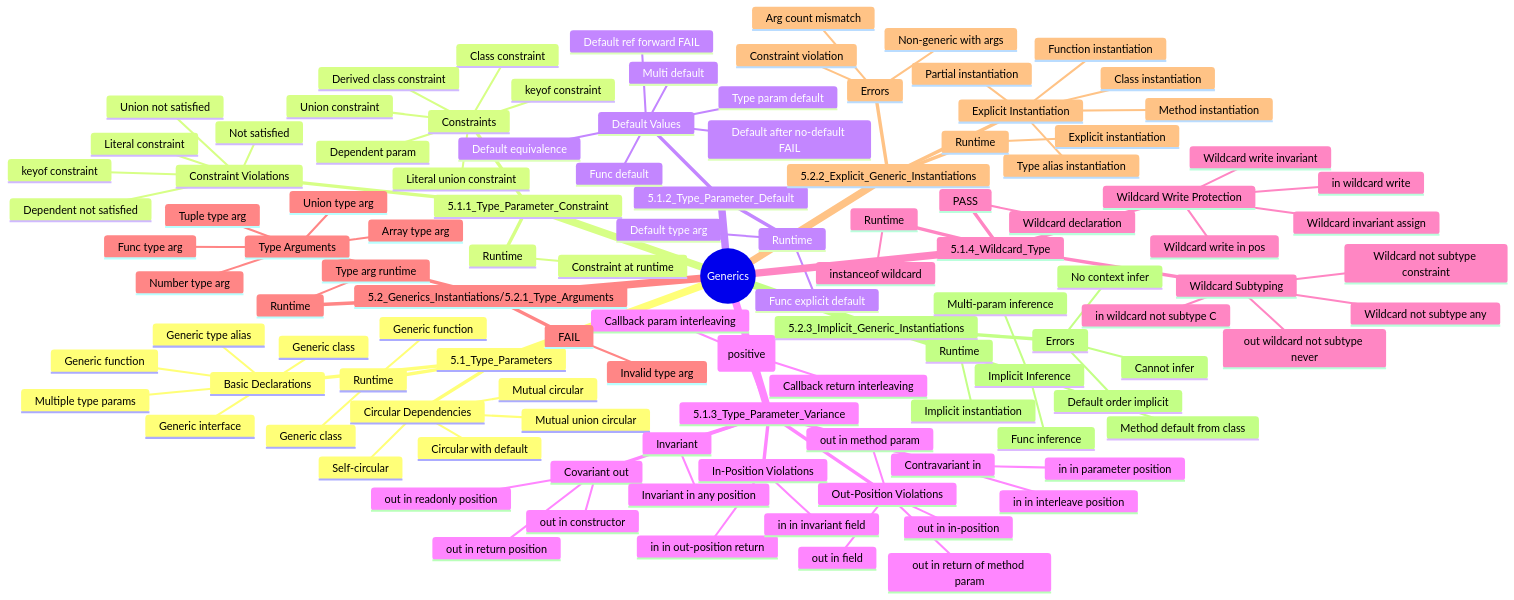
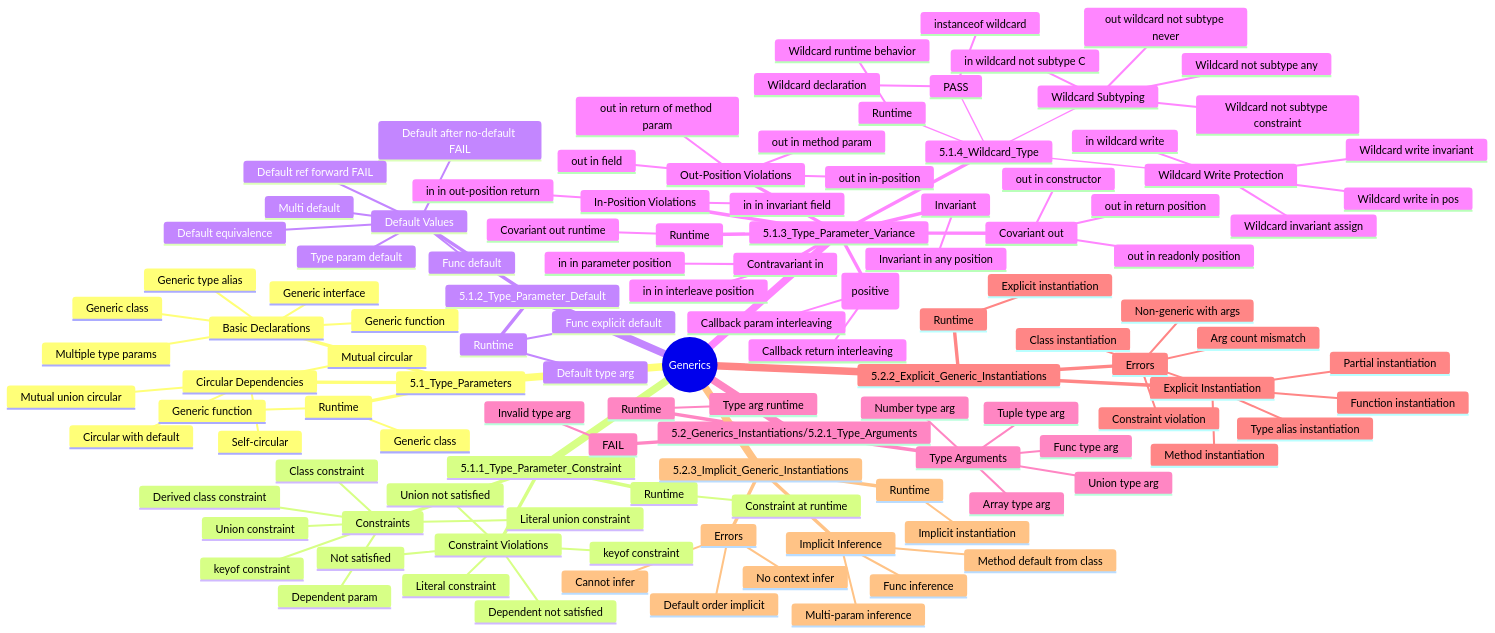
One commit to XHL0320/arkts-static-spec changed the diagram in 05_Generics/test_design_mindmap.md. Above: the diagram before and after it, drawn with Mermaid. The commit also changed 67 other files, not shown here.

```diff
--- a/05_Generics/test_design_mindmap.md
+++ b/05_Generics/test_design_mindmap.md
@@ -66,7 +66,9 @@
       Variance Interleaving (positive)
         Callback param interleaving
         Callback return interleaving
-    5.1.4_Wildcard_Type
+      Runtime
+        Covariant out runtime
+     5.1.4_Wildcard_Type
       Wildcard Subtyping
         Wildcard not subtype any
         Wildcard not subtype constraint
@@ -79,8 +81,9 @@
         Wildcard invariant assign
       PASS
         Wildcard declaration
+        instanceof wildcard
       Runtime
-        instanceof wildcard
+        Wildcard runtime behavior
     5.2_Generics_Instantiations/5.2.1_Type_Arguments
       Type Arguments
         Number type arg
```
